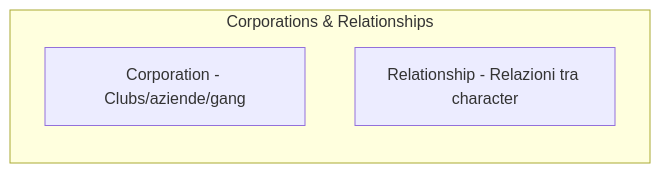
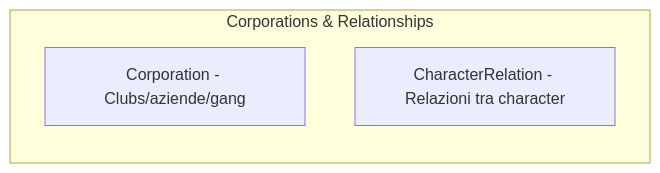
One commit to pagliagen/tenpennynovels changed the ninth of 13 diagrams in docs/01-infrastructure/mongodb-schemas.md. Above: the diagram before and after it, drawn with Mermaid. The commit also changed other lines of this file and 86 other files, not shown here.

````diff
--- a/docs/01-infrastructure/mongodb-schemas.md
+++ b/docs/01-infrastructure/mongodb-schemas.md
@@ -114,7 +110,7 @@
 ```mermaid
 flowchart LR
     subgraph Corp["Corporations & Relationships"]
         Corporation[Corporation - Clubs/aziende/gang]
-        Relationship[Relationship - Relazioni tra character]
+        CharacterRelation[CharacterRelation - Relazioni tra character]
     end
 ```
````
